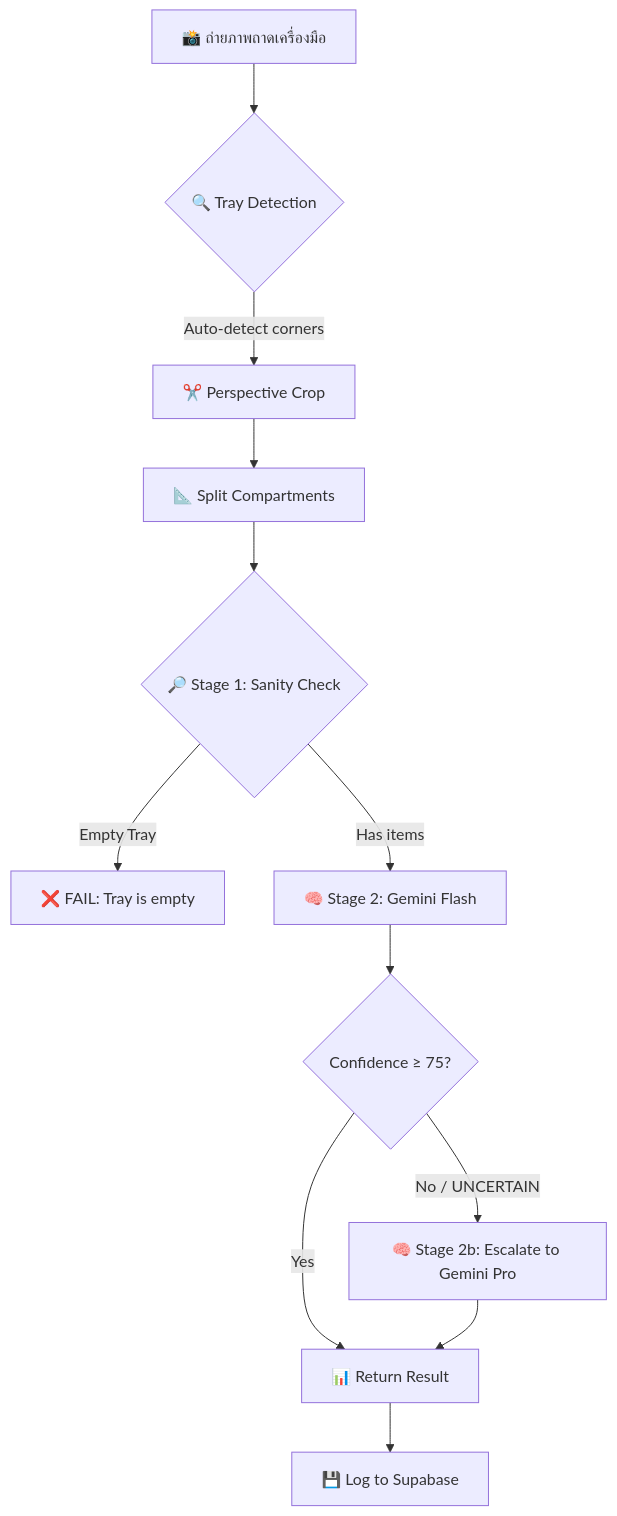
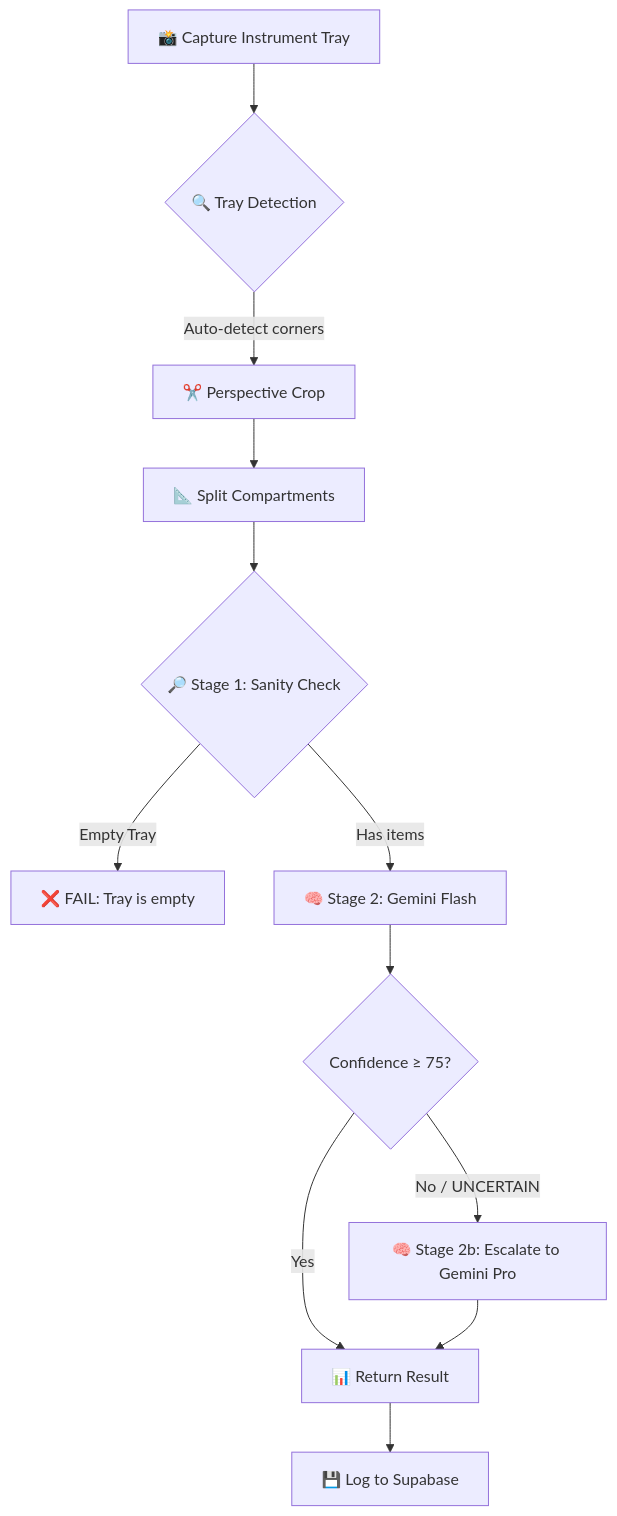
The diagram in README.md (newton1306/medical-equipment-verification-system-for-hospital), drawn with Mermaid before and after one commit. The commit also changed other lines of this file, not shown here.

````diff
--- a/README.md
+++ b/README.md
@@ -270,14 +269,14 @@
 ```mermaid
 flowchart TD
-    A[📸 ถ่ายภาพถาดเครื่องมือ] --> B{🔍 Tray Detection}
+    A[📸 Capture Instrument Tray] --> B{🔍 Tray Detection}
     B -->|Auto-detect corners| C[✂️ Perspective Crop]
     C --> D[📐 Split Compartments]
     D --> E{🔎 Stage 1: Sanity Check}
     E -->|Empty Tray| F[❌ FAIL: Tray is empty]
     E -->|Has items| G[🧠 Stage 2: Gemini Flash]
     G --> H{Confidence ≥ 75?}
     H -->|Yes| I[📊 Return Result]
     H -->|No / UNCERTAIN| J[🧠 Stage 2b: Escalate to Gemini Pro]
     J --> I
     I --> K[💾 Log to Supabase]
 ```
````
